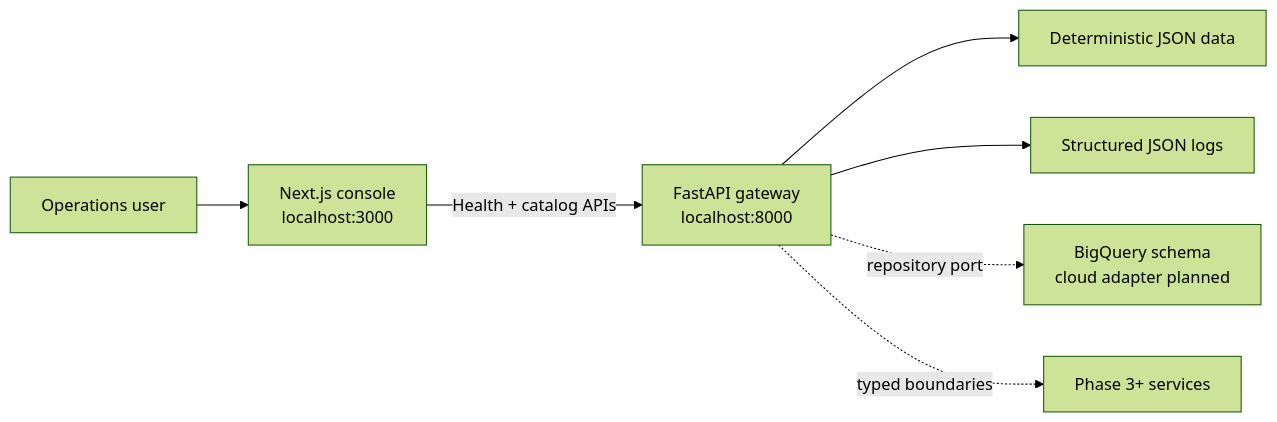
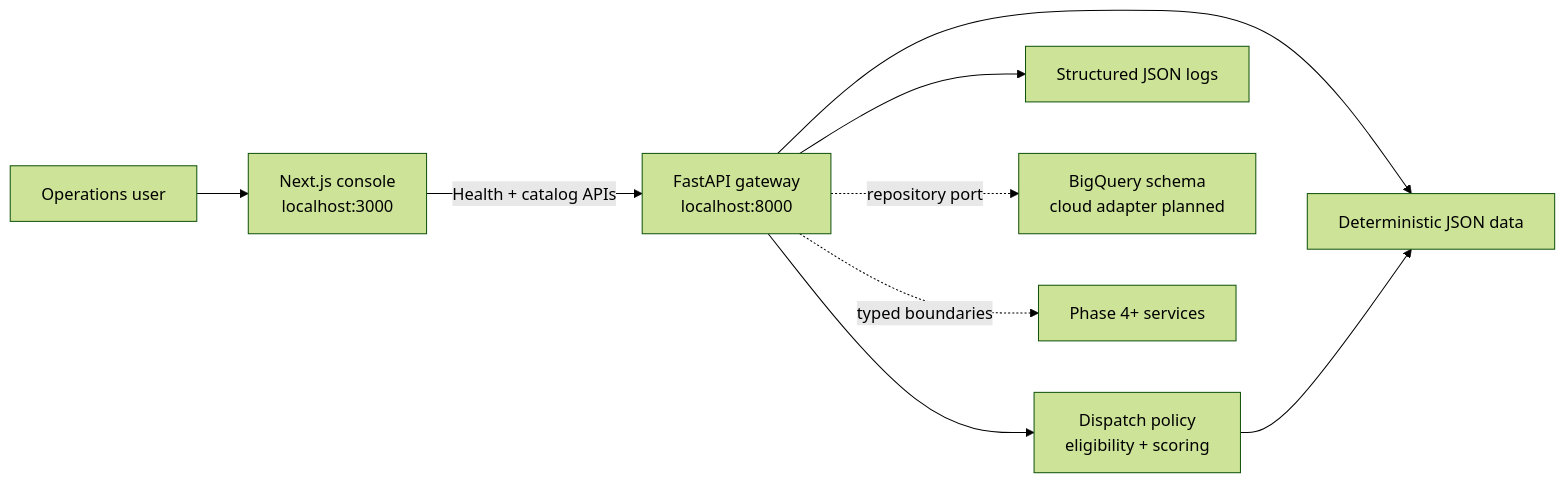
One commit to cr7yash/geoops-ai changed the diagram in README.md. Above: the diagram before and after it, drawn with Mermaid (forest theme). The commit also changed other lines of this file and 19 other files, not shown here.

````diff
--- a/README.md
+++ b/README.md
@@ -26,18 +27,21 @@
 ```mermaid
 flowchart LR
     USER[Operations user]
     WEB[Next.js console<br/>localhost:3000]
     API[FastAPI gateway<br/>localhost:8000]
+    DISPATCH[Dispatch policy<br/>eligibility + scoring]
     LOCAL[Deterministic JSON data]
     LOGS[Structured JSON logs]
     BQ[BigQuery schema<br/>cloud adapter planned]
 
     USER --> WEB
     WEB -->|Health + catalog APIs| API
     API --> LOCAL
+    API --> DISPATCH
+    DISPATCH --> LOCAL
     API --> LOGS
     API -. repository port .-> BQ
 
-    FUTURE[Phase 3+ services]
+    FUTURE[Phase 4+ services]
     API -. typed boundaries .-> FUTURE
 ```
````
